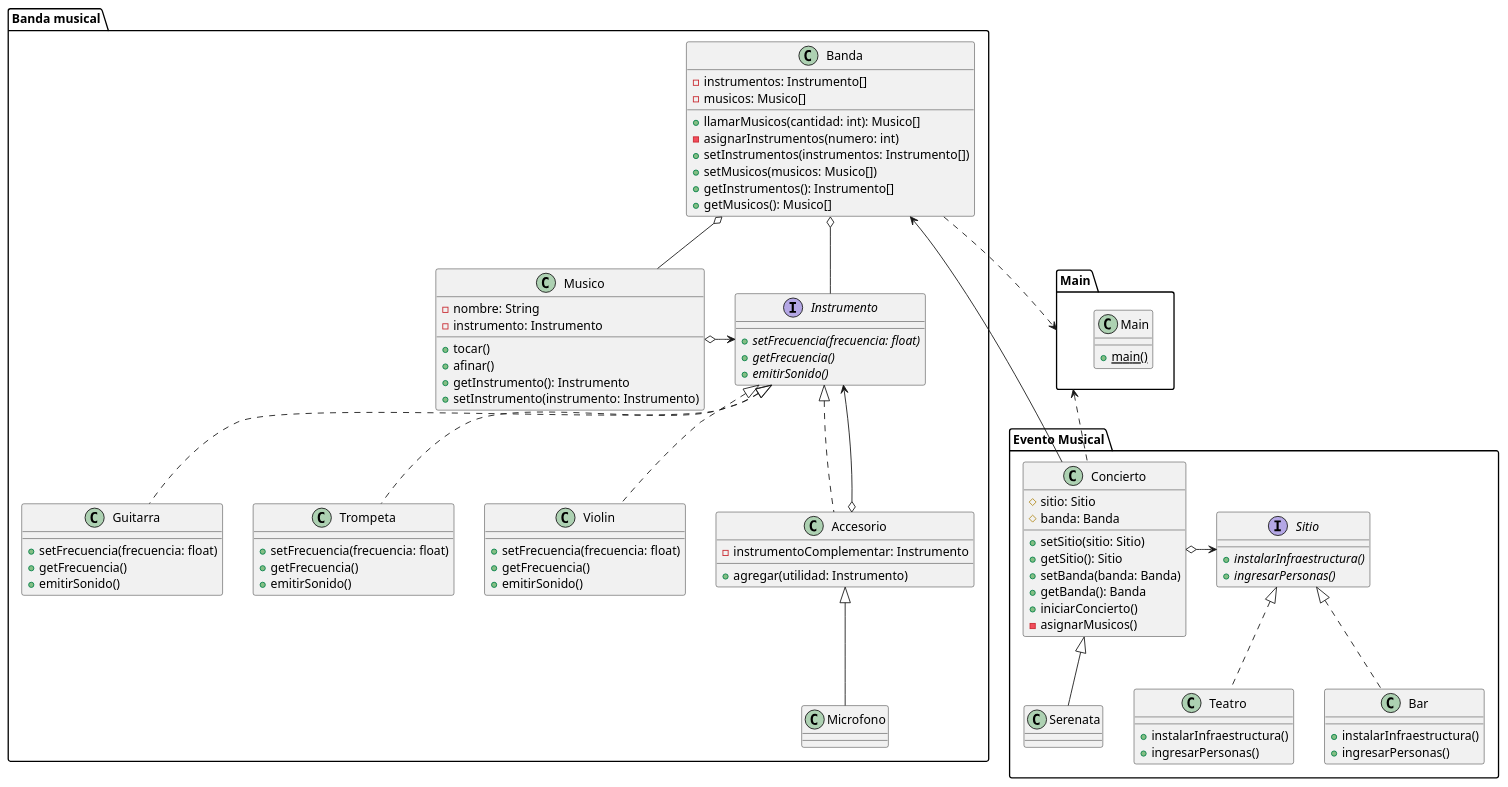
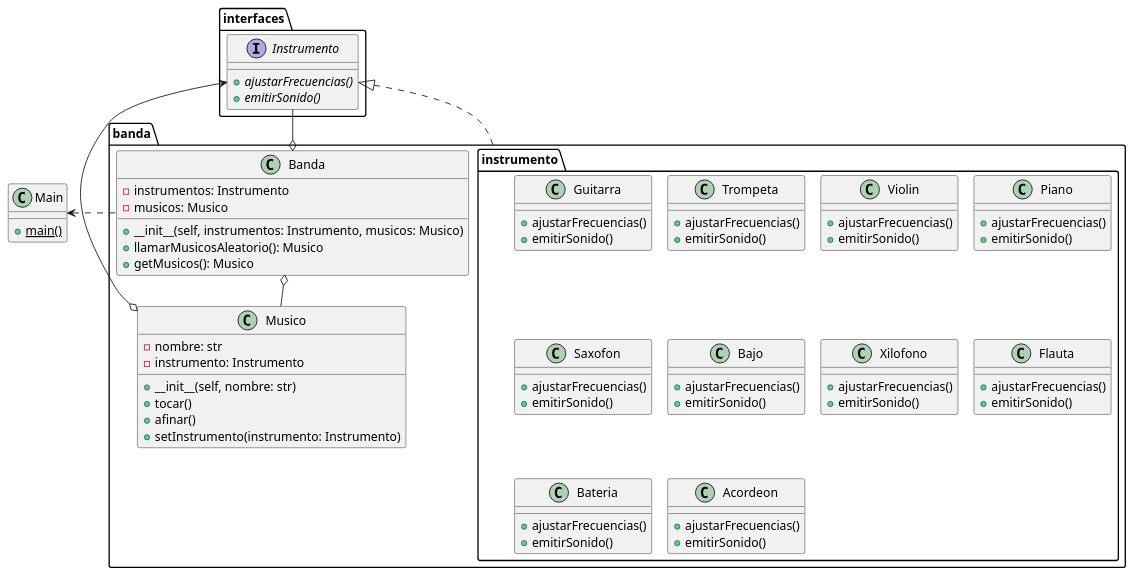
One commit to Inaryuta/Entregable-I-Modelos-Programacion-II changed the diagram in diagramas/codigos/DiagramaClases.puml. Above: the diagram before and after it, drawn with PlantUML. The commit also changed 7 other files, not shown here.

First line of the commit message:
Pulido de diagramas UML

```diff
--- a/diagramas/codigos/DiagramaClases.puml
+++ b/diagramas/codigos/DiagramaClases.puml
@@ -1,113 +1,99 @@
 @startuml Diagrama de Clases
+!pragma layout smetana
 
 'Primeras relaciones'
-package "Banda musical" {
-    interface Instrumento {
-        +{abstract} setFrecuencia(frecuencia: float)
-        +{abstract} getFrecuencia()
-        +{abstract} emitirSonido()
-    }
+package "banda" {
+    class Musico  {
+        -nombre: str
+        -instrumento: Instrumento
 
-    class Guitarra {
-        +setFrecuencia(frecuencia: float)
-        +getFrecuencia()
-        +emitirSonido()
-    }
-
-    class Trompeta {
-        +setFrecuencia(frecuencia: float)
-        +getFrecuencia()
-        +emitirSonido()
-    }
-
-    class Violin  {
-        +setFrecuencia(frecuencia: float)
-        +getFrecuencia()
-        +emitirSonido()
-    }
-
-    class Musico  {
-        -nombre: String
-        -instrumento: Instrumento
+        +__init__(self, nombre: str)
         +tocar()
         +afinar()
-        +getInstrumento(): Instrumento
         +setInstrumento(instrumento: Instrumento)
     }
 
     class Banda {
-        -instrumentos: Instrumento[]
-        -musicos: Musico[]
-        +llamarMusicos(cantidad: int): Musico[]
-        -asignarInstrumentos(numero: int)
-        +setInstrumentos(instrumentos: Instrumento[])
-        +setMusicos(musicos: Musico[])
-        +getInstrumentos(): Instrumento[]
-        +getMusicos(): Musico[]
+        -instrumentos: Instrumento
+        -musicos: Musico
+
+        +__init__(self, instrumentos: Instrumento, musicos: Musico)
+        +llamarMusicosAleatorio(): Musico
+        +getMusicos(): Musico
     }
 
-    class Accesorio {
-        -instrumentoComplementar: Instrumento
-        +agregar(utilidad: Instrumento)
+    package "instrumento" {
+        class Guitarra {
+            +ajustarFrecuencias()
+            +emitirSonido()
+        }
+
+        class Trompeta {
+            +ajustarFrecuencias()
+            +emitirSonido()
+        }
+
+        class Violin  {
+            +ajustarFrecuencias()
+            +emitirSonido()
+        }
+
+        class Piano  {
+            +ajustarFrecuencias()
+            +emitirSonido()
+        }
+
+        class Saxofon  {
+            +ajustarFrecuencias()
+            +emitirSonido()
+        }
+
+        class Bajo  {
+            +ajustarFrecuencias()
+            +emitirSonido()
+        }
+
+        class Xilofono  {
+            +ajustarFrecuencias()
+            +emitirSonido()
+        }
+
+        class Flauta  {
+            +ajustarFrecuencias()
+            +emitirSonido()
+        }
+
+        class Bateria  {
+            +ajustarFrecuencias()
+            +emitirSonido()
+        }
+
+        class Acordeon  {
+            +ajustarFrecuencias()
+            +emitirSonido()
+        }
     }
 
-    class Microfono {
-
-    }
-
-    Musico o-> Instrumento
     Banda o-- Musico
-    Banda o-- Instrumento
-    Instrumento <|.. Guitarra
-    Instrumento <|.. Violin
-    Instrumento <|.. Trompeta
-    Instrumento <|.. Accesorio
-    Instrumento <--o Accesorio
-    Accesorio <|-- Microfono
 }
 
-package "Main" {
-    class Main {
-        + {static} main()
+package "interfaces" {
+    interface Instrumento {
+        +{abstract} ajustarFrecuencias()
+        +{abstract} emitirSonido()
     }
 }
 
-package "Evento Musical" {
-    'Parte separada'
-    interface Sitio {
-        + {abstract} instalarInfraestructura()
-        + {abstract} ingresarPersonas()
-    }
-
-    class Concierto {
-        # sitio: Sitio
-        # banda: Banda
-        + setSitio(sitio: Sitio)
-        + getSitio(): Sitio
-        + setBanda(banda: Banda)
-        + getBanda(): Banda
-        + iniciarConcierto()
-        - asignarMusicos()
-    }
-
-    class Bar {
-        + instalarInfraestructura()
-        + ingresarPersonas()
-    }
-
-    class Teatro {
-        + instalarInfraestructura()
-        + ingresarPersonas()
-    }
-
-    Concierto o-> Sitio
-    Concierto <|-- Serenata
-    Sitio <|.. Bar
-    Sitio <|.. Teatro
+class Main {
+    + {static} main()
 }
 
 'Terceras relaciones'
-Banda ..> Main
-Main <.. Concierto
-Banda <-- Concierto
+Main <. banda.Banda
+
+interfaces.Instrumento <-o banda.Musico
+interfaces.Instrumento --o banda.Banda
+
+interfaces.Instrumento <|.. banda.instrumento
+
 @enduml
```
